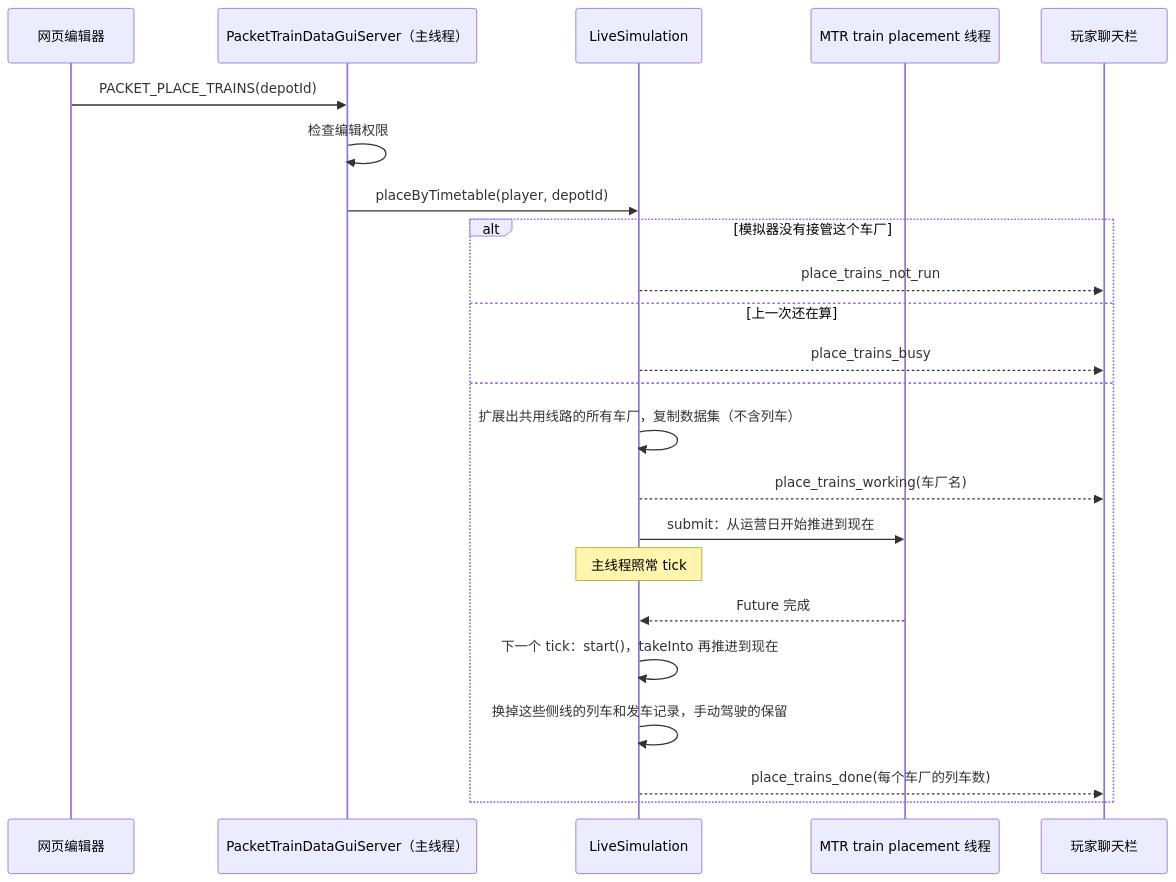
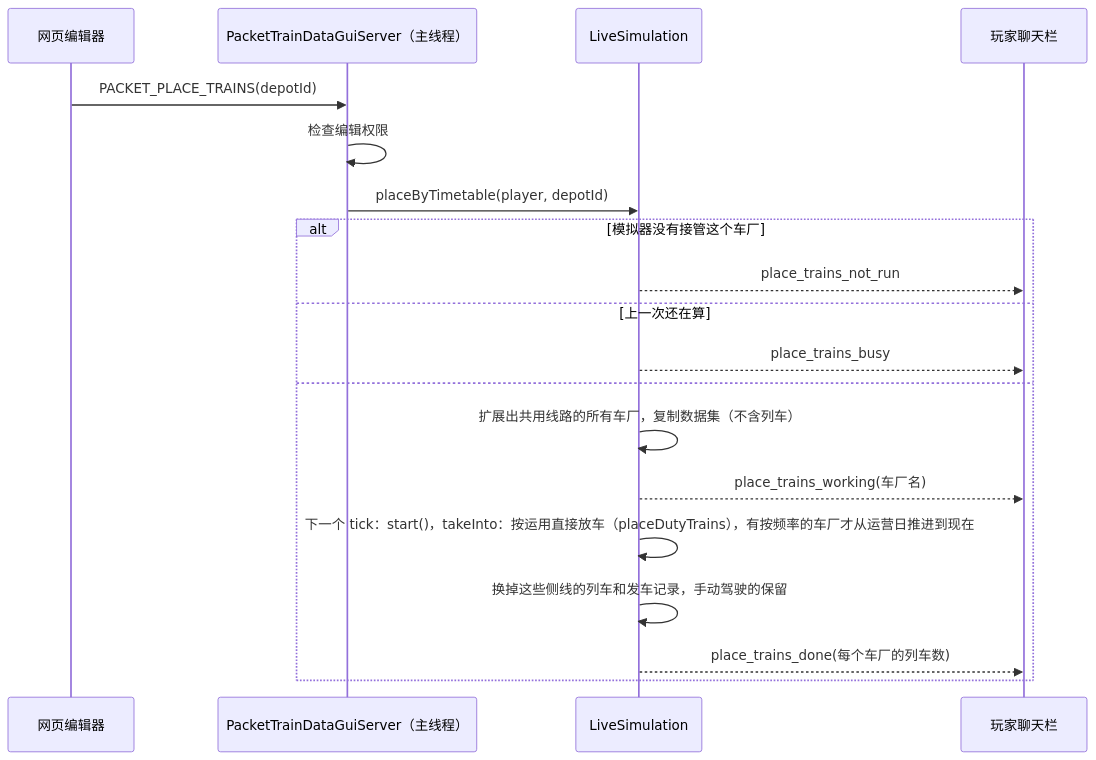
Before and after one commit to MitsuhaQuQ/MTR_advanced: the seventh of 15 diagrams in MTR-代码说明与流程.md, drawn with Mermaid. The commit also changed other lines of this file, not shown here.

````diff
--- a/MTR-代码说明与流程.md
+++ b/MTR-代码说明与流程.md
@@ -490,25 +505,21 @@
 ```mermaid
 sequenceDiagram
     participant E as 网页编辑器
     participant PS as PacketTrainDataGuiServer（主线程）
     participant LS as LiveSimulation
-    participant PT as MTR train placement 线程
     participant P as 玩家聊天栏
     E->>PS: PACKET_PLACE_TRAINS(depotId)
     PS->>PS: 检查编辑权限
     PS->>LS: placeByTimetable(player, depotId)
     alt 模拟器没有接管这个车厂
         LS-->>P: place_trains_not_run
     else 上一次还在算
         LS-->>P: place_trains_busy
     else
         LS->>LS: 扩展出共用线路的所有车厂，复制数据集（不含列车）
         LS-->>P: place_trains_working(车厂名)
-        LS->>PT: submit：从运营日开始推进到现在
-        Note over LS: 主线程照常 tick
-        PT-->>LS: Future 完成
-        LS->>LS: 下一个 tick：start()，takeInto 再推进到现在
+        LS->>LS: 下一个 tick：start()，takeInto：按运用直接放车（placeDutyTrains），有按频率的车厂才从运营日推进到现在
         LS->>LS: 换掉这些侧线的列车和发车记录，手动驾驶的保留
         LS-->>P: place_trains_done(每个车厂的列车数)
     end
 ```
````
